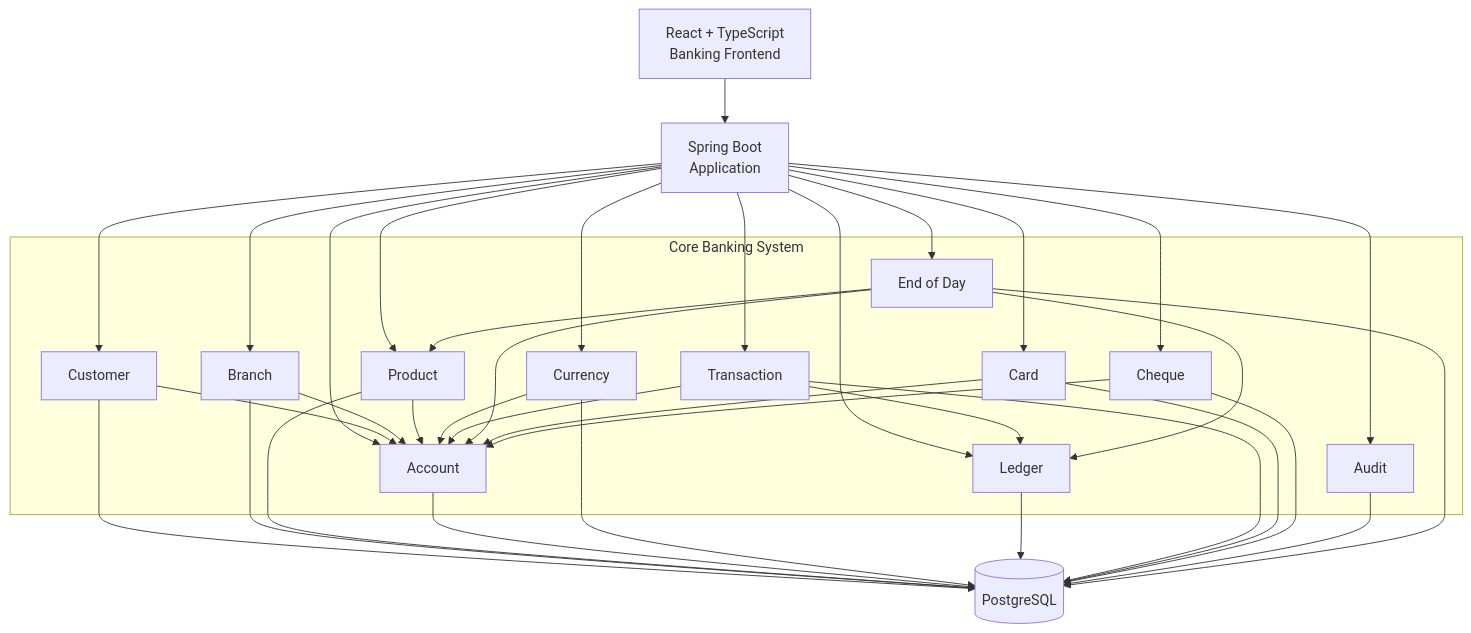
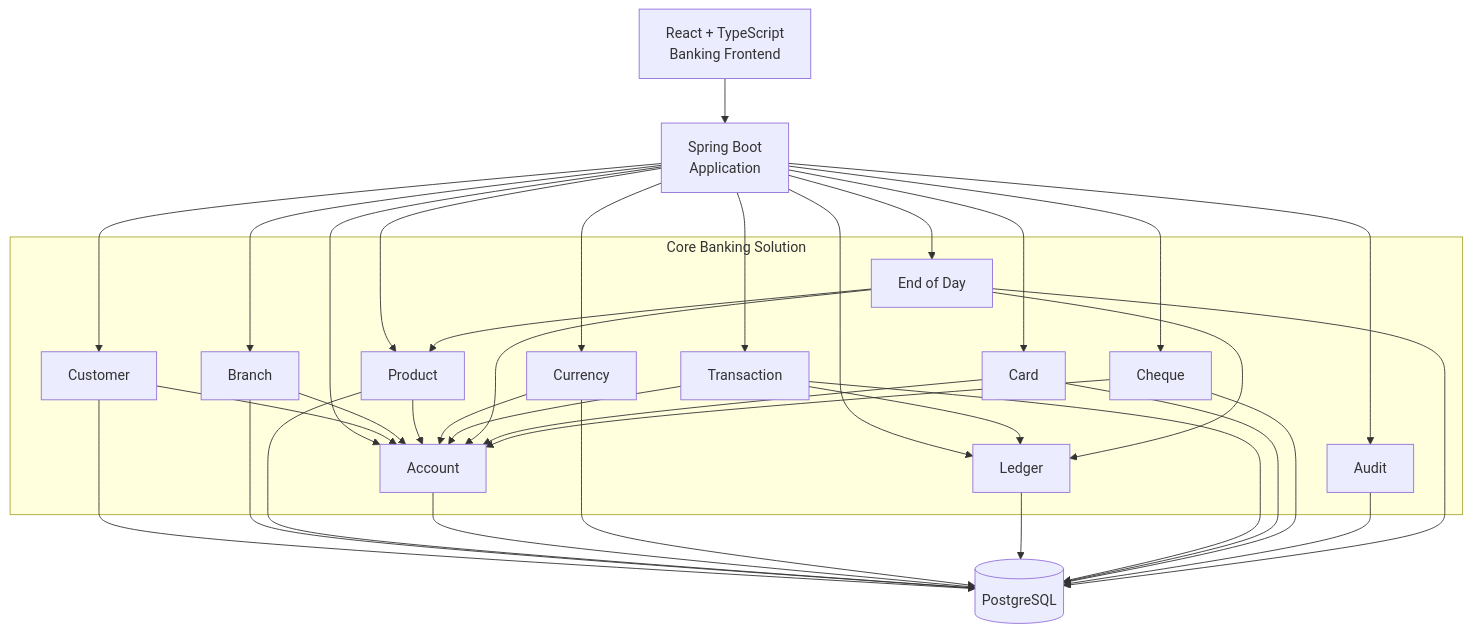
One commit to hossensyedriadh/banking changed the first of 9 diagrams in README.md. Above: the diagram before and after it, drawn with Mermaid. The commit also changed other lines of this file, not shown here.

````diff
--- a/README.md
+++ b/README.md
@@ -79,55 +79,55 @@
 ```mermaid
 flowchart TB
     UI["React + TypeScript<br/>Banking Frontend"]
     API["Spring Boot<br/>Application"]
 
-    subgraph CBS["Core Banking System"]
+    subgraph CBS["Core Banking Solution"]
         CUSTOMER["Customer"]
         BRANCH["Branch"]
         PRODUCT["Product"]
         ACCOUNT["Account"]
         CURRENCY["Currency"]
         LEDGER["Ledger"]
         TRANSACTION["Transaction"]
         CARD["Card"]
         CHEQUE["Cheque"]
         AUDIT["Audit"]
         EOD["End of Day"]
     end
 
     DB[("PostgreSQL")]
     UI --> API
     API --> CUSTOMER
     API --> BRANCH
     API --> PRODUCT
     API --> ACCOUNT
     API --> CURRENCY
     API --> LEDGER
     API --> TRANSACTION
     API --> CARD
     API --> CHEQUE
     API --> AUDIT
     API --> EOD
     CUSTOMER --> ACCOUNT
     BRANCH --> ACCOUNT
     PRODUCT --> ACCOUNT
     CURRENCY --> ACCOUNT
     TRANSACTION --> ACCOUNT
     TRANSACTION --> LEDGER
     EOD --> LEDGER
     EOD --> ACCOUNT
     EOD --> PRODUCT
     CARD --> ACCOUNT
     CHEQUE --> ACCOUNT
     CUSTOMER --> DB
     BRANCH --> DB
     PRODUCT --> DB
     ACCOUNT --> DB
     CURRENCY --> DB
     LEDGER --> DB
     TRANSACTION --> DB
     CARD --> DB
     CHEQUE --> DB
     AUDIT --> DB
     EOD --> DB
 ```
````
